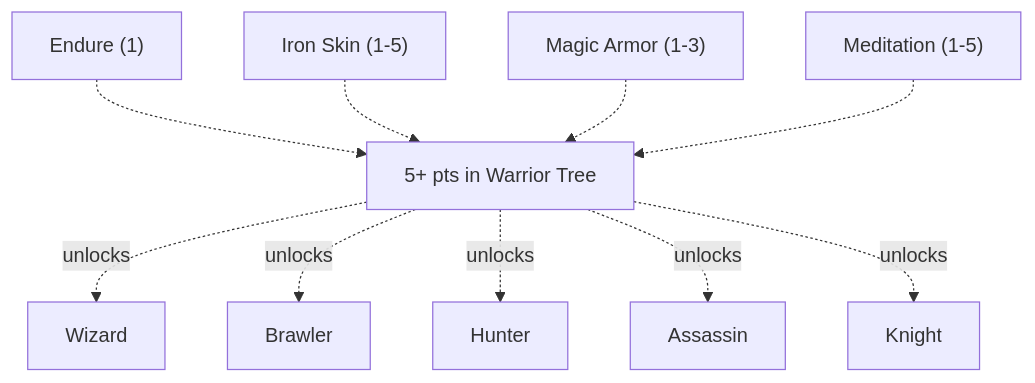
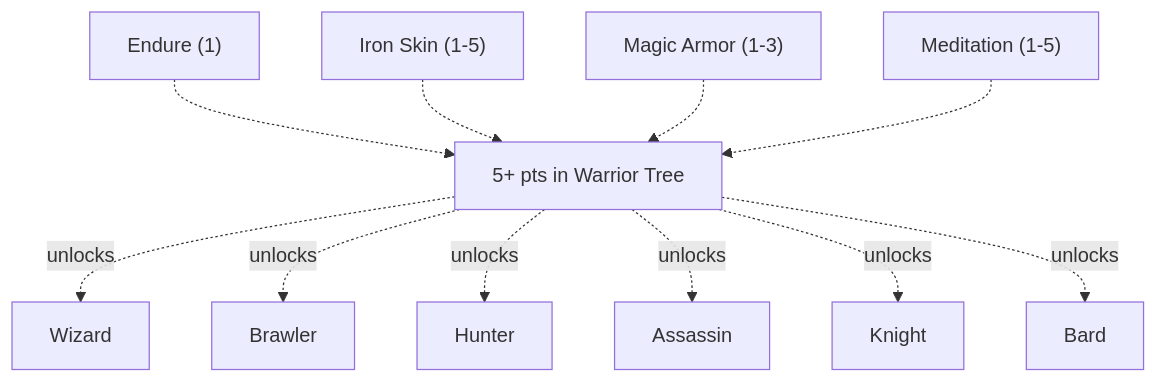
Before and after one commit to tfelix/bestia-docs: diagram 14 of 20 in content/docs/mechanics/master.md, drawn with Mermaid. The commit also changed other lines of this file, not shown here.

First line of the commit message:
Merge the Bard and Dancer into one Bard

````diff
--- a/content/docs/mechanics/master.md
+++ b/content/docs/mechanics/master.md
@@ -1934,27 +1931,25 @@
 ```mermaid
 graph TD
     Endure["Endure (1)"]
     IronSkin["Iron Skin (1-5)"]
     MagicArmor["Magic Armor (1-3)"]
     Meditation["Meditation (1-5)"]
     Gate["5+ pts in Warrior Tree"]
     Wizard["Wizard"]
     Brawler["Brawler"]
     Hunter["Hunter"]
     Assassin["Assassin"]
     Knight["Knight"]
-    %% Bard(("Bard")) %% parked
-    %% Dancer(("Dancer")) %% parked
+    Bard["Bard"]
 
     Endure -.-> Gate
     IronSkin -.-> Gate
     MagicArmor -.-> Gate
     Meditation -.-> Gate
     Gate -.->|unlocks| Wizard
     Gate -.->|unlocks| Brawler
     Gate -.->|unlocks| Hunter
     Gate -.->|unlocks| Assassin
     Gate -.->|unlocks| Knight
-    %% Gate -.->|unlocks| Bard
-    %% Gate -.->|unlocks| Dancer
+    Gate -.->|unlocks| Bard
 ```
````
